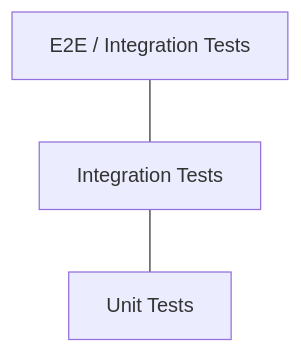
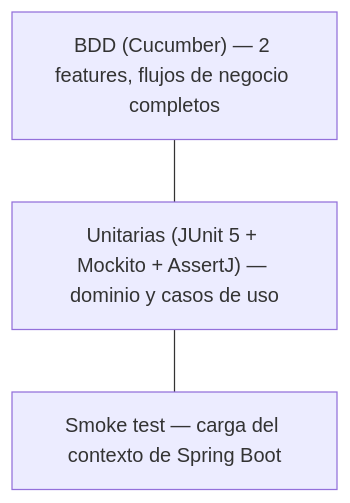
One commit to TECH-CUP-2026-INT/mk-payment-service changed the diagram in docs/pruebas.md. Above: the diagram before and after it, drawn with Mermaid. The commit also changed other lines of this file and 7 other files, not shown here.

````diff
--- a/docs/pruebas.md
+++ b/docs/pruebas.md
@@ -7,8 +5,8 @@
 ```mermaid
 flowchart TB
-    E2E["E2E / Integration Tests"]
-    INT["Integration Tests"]
-    UNIT["Unit Tests"]
+    BDD["BDD (Cucumber) — 2 features, flujos de negocio completos"]
+    UNIT["Unitarias (JUnit 5 + Mockito + AssertJ) — dominio y casos de uso"]
+    CTX["Smoke test — carga del contexto de Spring Boot"]
 
-    E2E --- INT --- UNIT
+    BDD --- UNIT --- CTX
 ```
````
